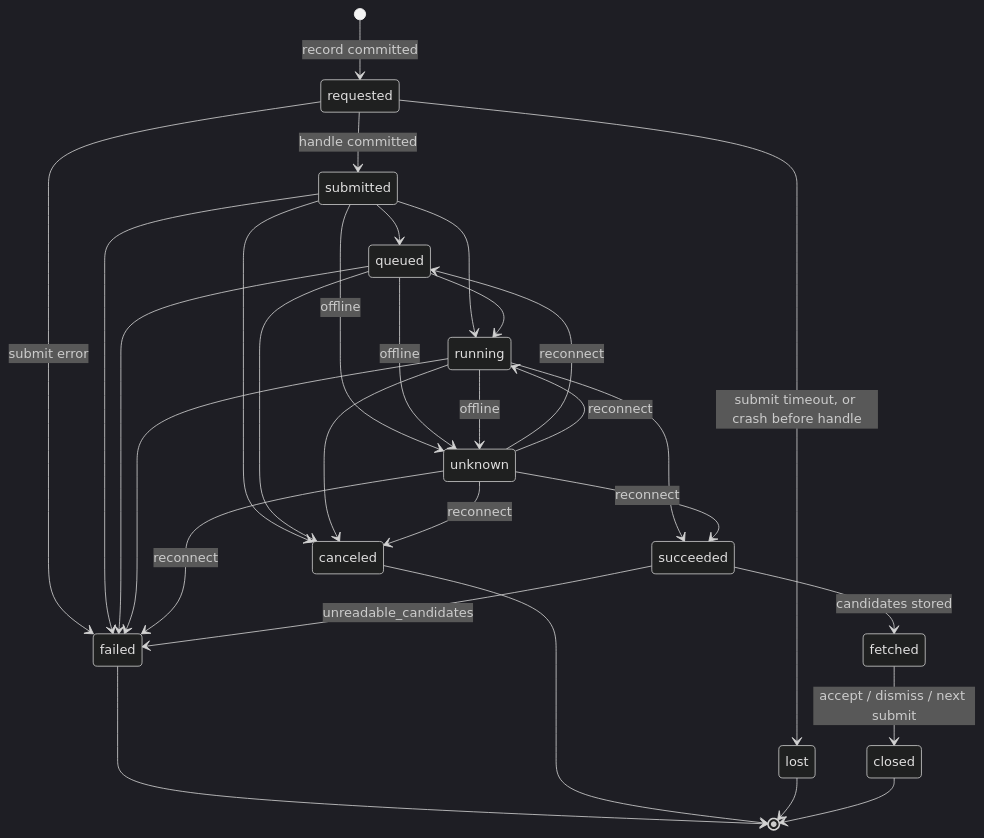
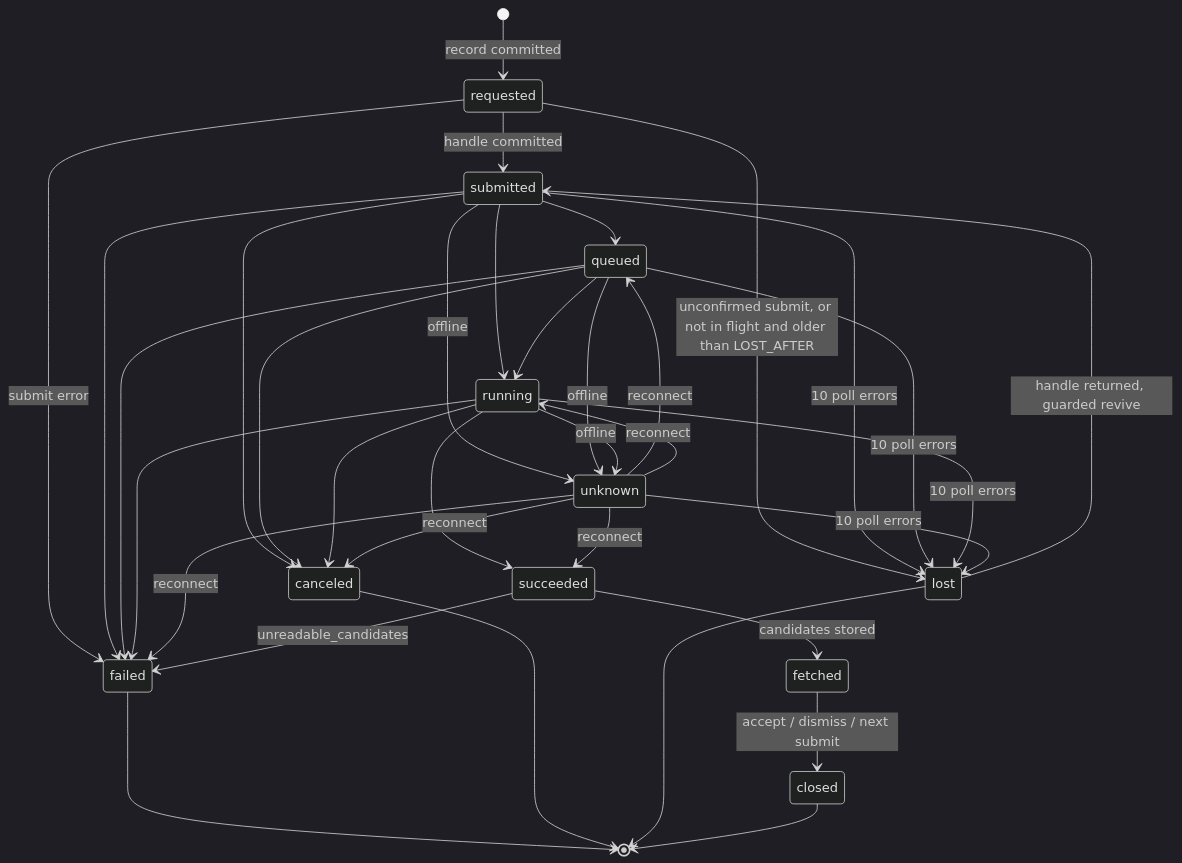
The diagram in docs/specs/region-edit.md (szymonbalasz/pocket-forge), drawn with Mermaid (dark theme) before and after one commit. The commit also changed other lines of this file and 6 other files, not shown here.

````diff
--- a/docs/specs/region-edit.md
+++ b/docs/specs/region-edit.md
@@ -198,32 +199,37 @@
 ```mermaid
 stateDiagram-v2
   [*] --> requested: record committed
   requested --> submitted: handle committed
   requested --> failed: submit error
-  requested --> lost: submit timeout, or crash before handle
+  requested --> lost: unconfirmed submit, or not in flight and older than LOST_AFTER
   submitted --> queued
   submitted --> running
   queued --> running
   running --> succeeded
   submitted --> unknown: offline
   queued --> unknown: offline
   running --> unknown: offline
   unknown --> queued: reconnect
   unknown --> running: reconnect
   unknown --> succeeded: reconnect
   submitted --> failed
   queued --> failed
   running --> failed
   unknown --> failed: reconnect
   submitted --> canceled
   queued --> canceled
   running --> canceled
   unknown --> canceled: reconnect
+  submitted --> lost: 10 poll errors
+  queued --> lost: 10 poll errors
+  running --> lost: 10 poll errors
+  unknown --> lost: 10 poll errors
+  lost --> submitted: handle returned, guarded revive
   succeeded --> fetched: candidates stored
   succeeded --> failed: unreadable_candidates
   fetched --> closed: accept / dismiss / next submit
   failed --> [*]
   canceled --> [*]
   lost --> [*]
   closed --> [*]
 ```
````
